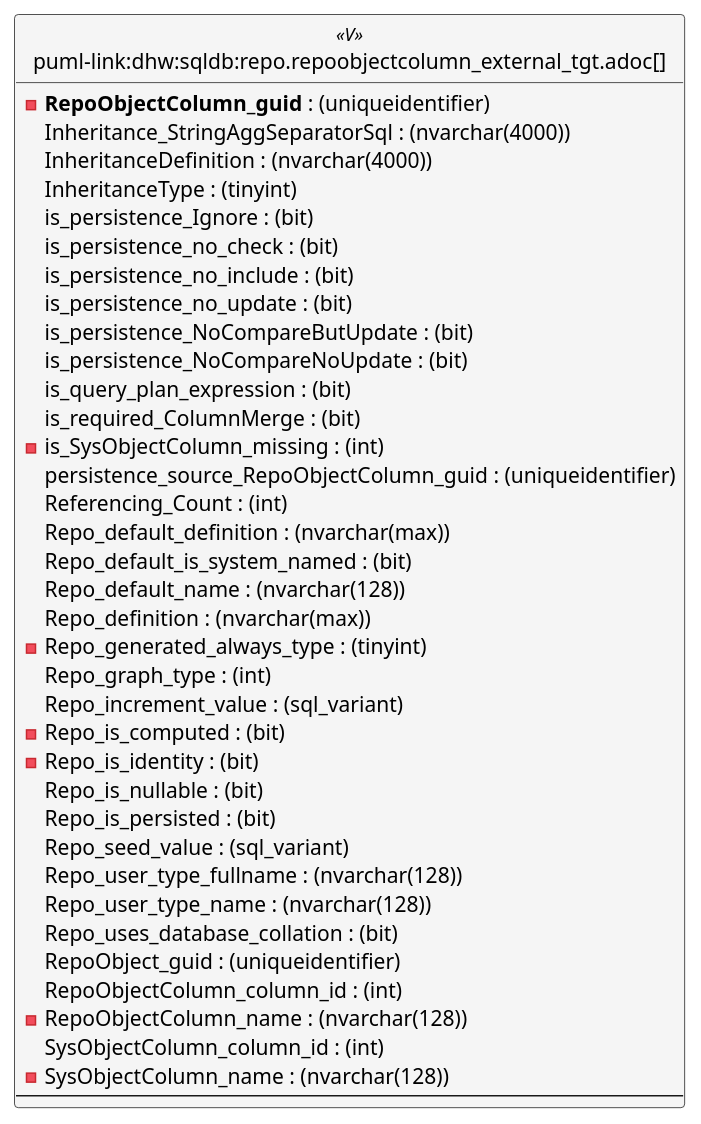
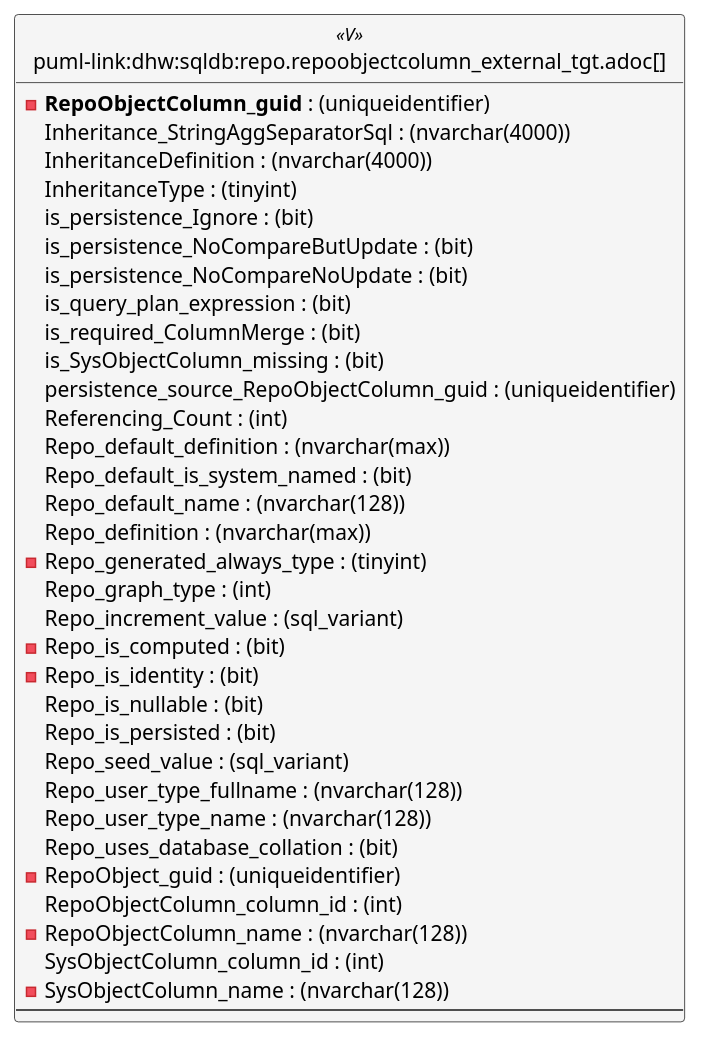
One commit to DataHandwerk/dhw-antora-sqldb changed the first of 6 diagrams in docs/modules/sqldb/partials/content/repo.repoobjectcolumn_external_tgt.adoc. Above: the diagram before and after it, drawn with PlantUML. The commit also changed other lines of this file and 641 other files, not shown here.

```diff
--- a/docs/modules/sqldb/partials/content/repo.repoobjectcolumn_external_tgt.adoc
+++ b/docs/modules/sqldb/partials/content/repo.repoobjectcolumn_external_tgt.adoc
@@ -1313,68 +1313,65 @@
 [plantuml, entity-{docname}, svg, subs=macros]
 ....
 'Left to right direction
 top to bottom direction
 hide circle
 'avoide "." issues:
 set namespaceSeparator none
 
 
 skinparam class {
   BackgroundColor White
   BackgroundColor<<FN>> Yellow
   BackgroundColor<<FS>> Yellow
   BackgroundColor<<FT>> LightGray
   BackgroundColor<<IF>> Yellow
   BackgroundColor<<IS>> Yellow
   BackgroundColor<<P>>  Aqua
   BackgroundColor<<PC>> Aqua
   BackgroundColor<<SN>> Yellow
   BackgroundColor<<SO>> SlateBlue
   BackgroundColor<<TF>> LightGray
   BackgroundColor<<TR>> Tomato
   BackgroundColor<<U>>  White
   BackgroundColor<<V>>  WhiteSmoke
   BackgroundColor<<X>>  Aqua
   BackgroundColor<<external>> AliceBlue
 }
 
 
 entity "puml-link:dhw:sqldb:repo.repoobjectcolumn_external_tgt.adoc[]" as repo.RepoObjectColumn_external_tgt << V >> {
   - **RepoObjectColumn_guid** : (uniqueidentifier)
   Inheritance_StringAggSeparatorSql : (nvarchar(4000))
   InheritanceDefinition : (nvarchar(4000))
   InheritanceType : (tinyint)
   is_persistence_Ignore : (bit)
-  is_persistence_no_check : (bit)
-  is_persistence_no_include : (bit)
-  is_persistence_no_update : (bit)
   is_persistence_NoCompareButUpdate : (bit)
   is_persistence_NoCompareNoUpdate : (bit)
   is_query_plan_expression : (bit)
   is_required_ColumnMerge : (bit)
-  - is_SysObjectColumn_missing : (int)
+  is_SysObjectColumn_missing : (bit)
   persistence_source_RepoObjectColumn_guid : (uniqueidentifier)
   Referencing_Count : (int)
   Repo_default_definition : (nvarchar(max))
   Repo_default_is_system_named : (bit)
   Repo_default_name : (nvarchar(128))
   Repo_definition : (nvarchar(max))
   - Repo_generated_always_type : (tinyint)
   Repo_graph_type : (int)
   Repo_increment_value : (sql_variant)
   - Repo_is_computed : (bit)
   - Repo_is_identity : (bit)
   Repo_is_nullable : (bit)
   Repo_is_persisted : (bit)
   Repo_seed_value : (sql_variant)
   Repo_user_type_fullname : (nvarchar(128))
   Repo_user_type_name : (nvarchar(128))
   Repo_uses_database_collation : (bit)
-  RepoObject_guid : (uniqueidentifier)
+  - RepoObject_guid : (uniqueidentifier)
   RepoObjectColumn_column_id : (int)
   - RepoObjectColumn_name : (nvarchar(128))
   SysObjectColumn_column_id : (int)
   - SysObjectColumn_name : (nvarchar(128))
   --
 }
 ....
```
